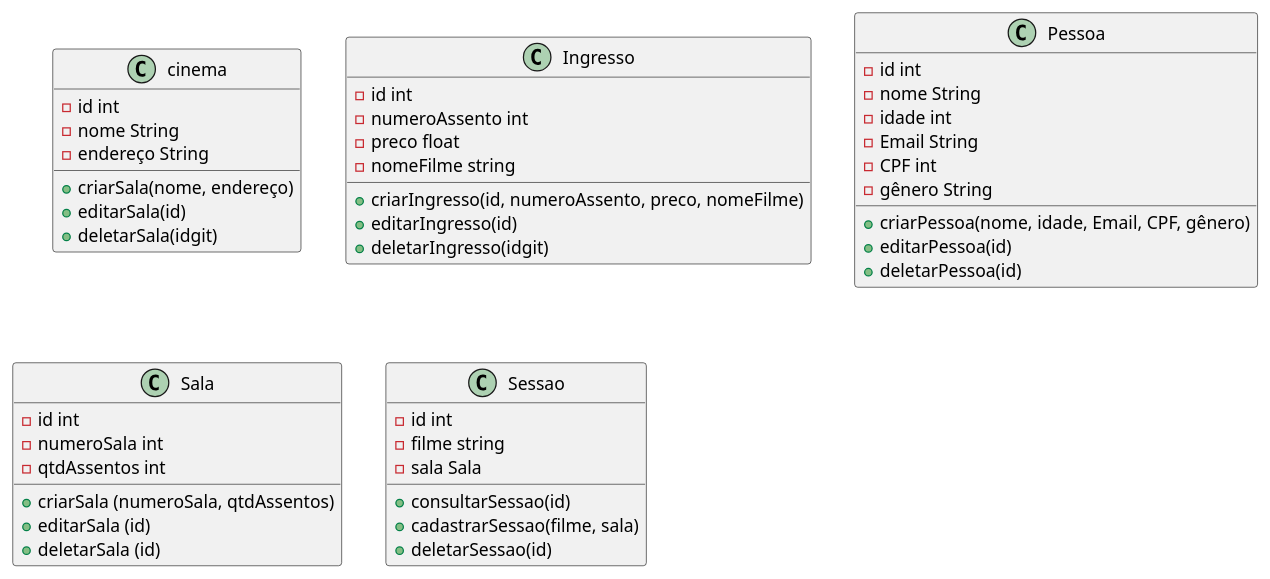
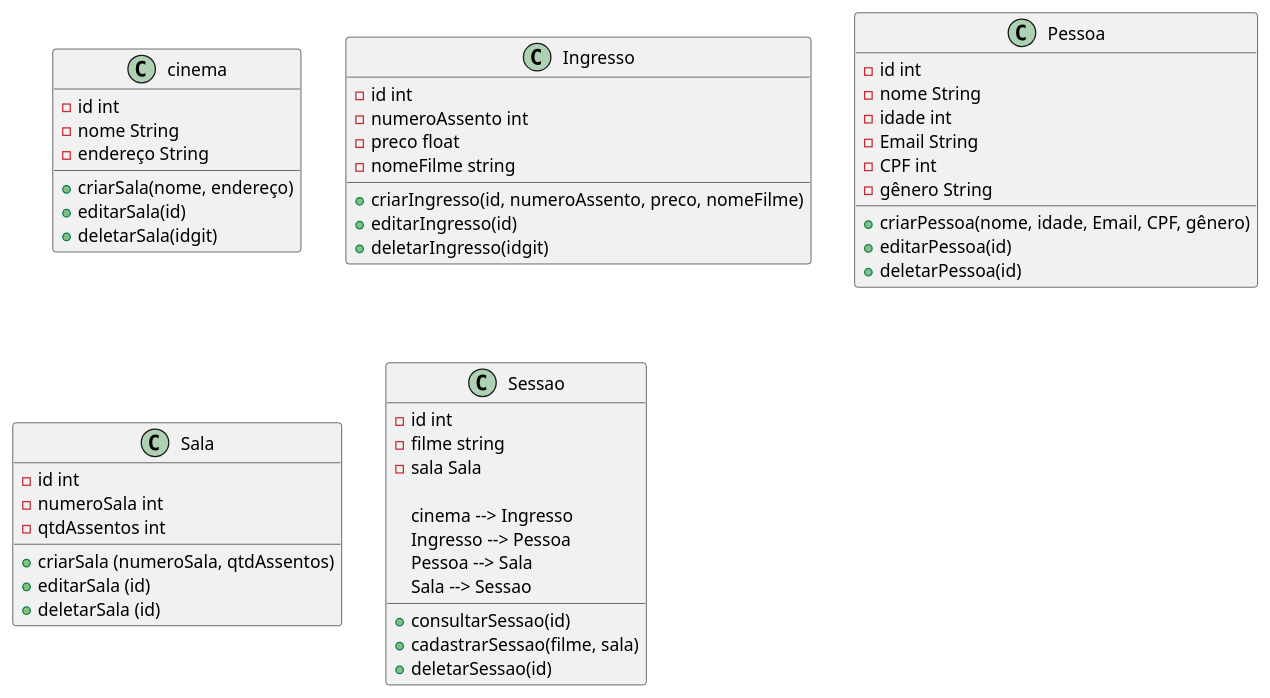
One commit to anleaes/2023-1-N1-POO-04 changed the diagram in Sessao.plantuml. Above: the diagram before and after it, drawn with PlantUML.

```diff
--- a/Sessao.plantuml
+++ b/Sessao.plantuml
@@ -1,53 +1,59 @@
 @startuml Cinema
 
 class cinema{
     - id int
     - nome String
     - endereço String
     + criarSala(nome, endereço)
     + editarSala(id)
     + deletarSala(idgit)
 }
 
 class Ingresso {
     - id int
     - numeroAssento int
     - preco float
     - nomeFilme string
     + criarIngresso(id, numeroAssento, preco, nomeFilme)
     + editarIngresso(id)
     + deletarIngresso(idgit)
     
 }
 
 class Pessoa{
     - id int
     - nome String
     - idade int
     - Email String
     - CPF int
     - gênero String
     + criarPessoa(nome, idade, Email, CPF, gênero)
     + editarPessoa(id)
     + deletarPessoa(id)
 
 }
 
 class Sala{
     - id int
     - numeroSala int 
     - qtdAssentos int 
     + criarSala (numeroSala, qtdAssentos)
     + editarSala (id)
     + deletarSala (id)
 }
 
 class Sessao{
     -id int
     -filme string
     -sala Sala
     +consultarSessao(id)
     +cadastrarSessao(filme, sala)
     +deletarSessao(id)
+    
+    cinema --> Ingresso
+    Ingresso --> Pessoa
+    Pessoa --> Sala
+    Sala --> Sessao
+    
 }
 @enduml
```
